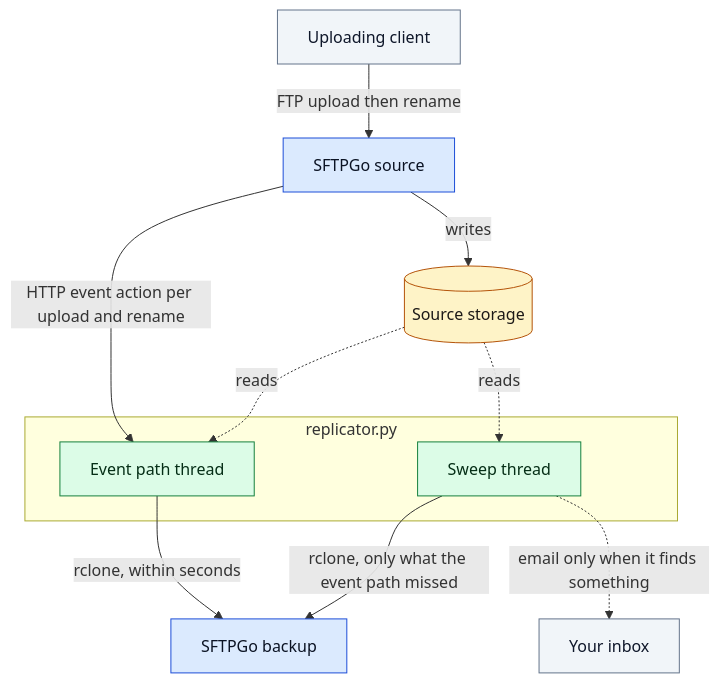
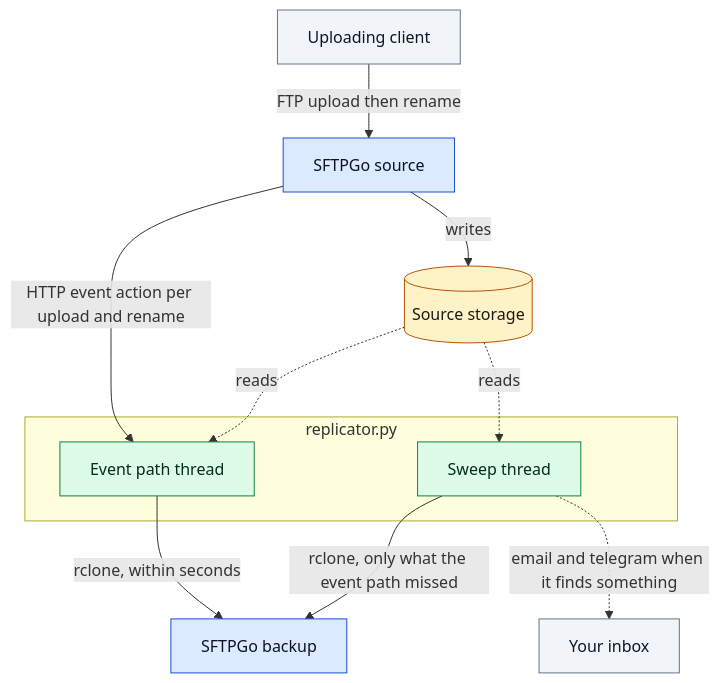
One commit to andrebrait/ftp-replicator changed the diagram in README.md. Above: the diagram before and after it, drawn with Mermaid. The commit also changed other lines of this file and 3 other files, not shown here.

````diff
--- a/README.md
+++ b/README.md
@@ -11,33 +11,33 @@
 ```mermaid
 flowchart TD
     client[Uploading client]
     source[SFTPGo source]
     store[(Source storage)]
     daemon[Event path thread]
     sweep[Sweep thread]
     backup[SFTPGo backup]
     inbox[Your inbox]
 
     client -->|FTP upload then rename| source
     source -->|writes| store
     source -->|HTTP event action per upload and rename| daemon
     store -.->|reads| daemon
     store -.->|reads| sweep
     daemon -->|rclone, within seconds| backup
     sweep -->|rclone, only what the event path missed| backup
-    sweep -.->|email only when it finds something| inbox
+    sweep -.->|email and telegram when it finds something| inbox
 
     subgraph proc [replicator.py]
         daemon
         sweep
     end
 
     classDef sftpgo fill:#dbeafe,stroke:#1d4ed8,color:#0b1324
     classDef ours fill:#dcfce7,stroke:#15803d,color:#052e16
     classDef outside fill:#f1f5f9,stroke:#64748b,color:#0f172a
     classDef disk fill:#fef3c7,stroke:#b45309,color:#1c1917
     class source,backup sftpgo
     class daemon,sweep ours
     class client,inbox outside
     class store disk
 ```
````
